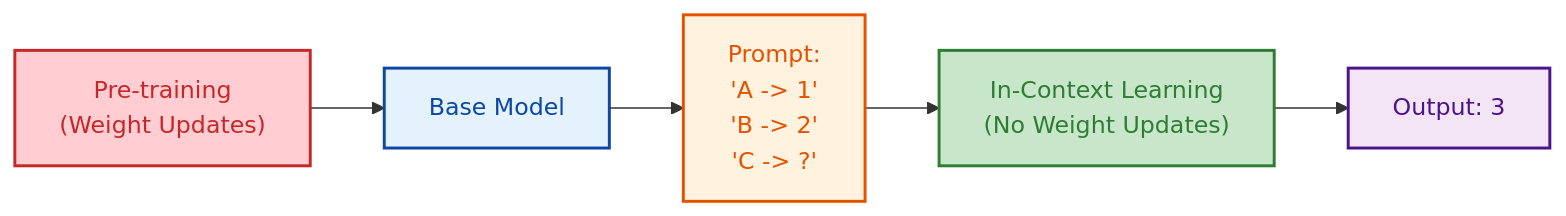
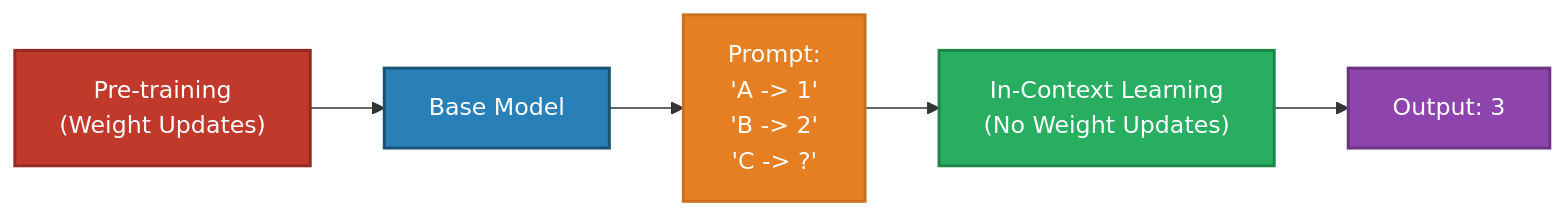
The seventh of 7 diagrams in docs/01-prompt-engineering/README.md (GyanendraChaubey/AI-Engineering-Notes), drawn with Mermaid before and after one commit. The commit also changed other lines of this file and 15 other files, not shown here.

Commit message:
style: replace all Mermaid diagram colors with saturated palette + white text for dark mode compatibility (321 changes across 16 files)

````diff
--- a/docs/01-prompt-engineering/README.md
+++ b/docs/01-prompt-engineering/README.md
@@ -684,12 +684,12 @@
 ```mermaid
 graph LR
     A["Pre-training\n(Weight Updates)"] --> B["Base Model"]
     B --> C["Prompt:\n'A -> 1'\n'B -> 2'\n'C -> ?'"]
     C --> D["In-Context Learning\n(No Weight Updates)"]
     D --> E["Output: 3"]
-    style A fill:#ffcdd2,stroke:#c62828,stroke-width:2px,color:#c62828
-    style B fill:#e3f2fd,stroke:#0d47a1,stroke-width:2px,color:#0d47a1
-    style C fill:#fff3e0,stroke:#e65100,stroke-width:2px,color:#e65100
-    style D fill:#c8e6c9,stroke:#2e7d32,stroke-width:2px,color:#2e7d32
-    style E fill:#f3e5f5,stroke:#4a148c,stroke-width:2px,color:#4a148c
+    style A fill:#C0392B,stroke:#922B21,stroke-width:2px,color:#FFFFFF
+    style B fill:#2980B9,stroke:#1A5276,stroke-width:2px,color:#FFFFFF
+    style C fill:#E67E22,stroke:#CA6F1E,stroke-width:2px,color:#FFFFFF
+    style D fill:#27AE60,stroke:#1E8449,stroke-width:2px,color:#FFFFFF
+    style E fill:#8E44AD,stroke:#6C3483,stroke-width:2px,color:#FFFFFF
 ```
````
